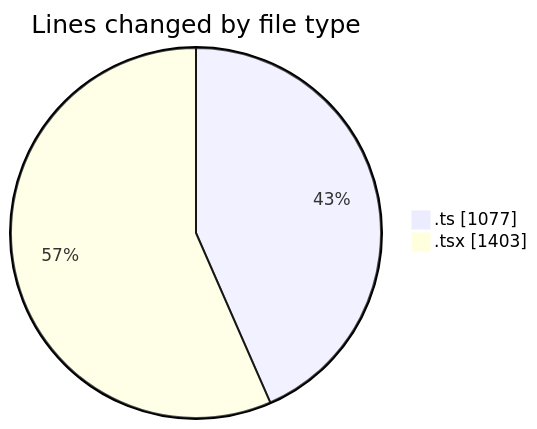
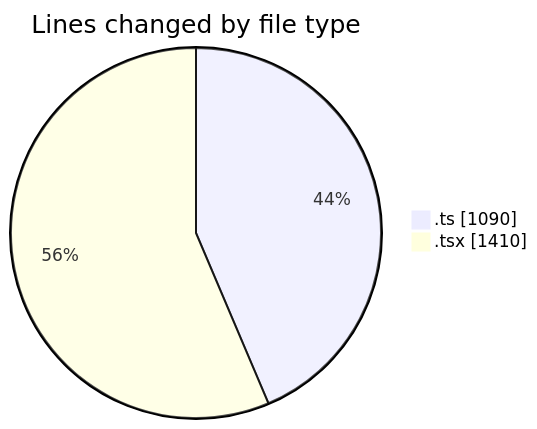
Before and after one commit to momahboobian/code-tracking: the first of 2 diagrams in 2025-09-02/cda/README.md, drawn with Mermaid. The commit also changed other lines of this file and 1 other file, not shown here.

````diff
--- a/2025-09-02/cda/README.md
+++ b/2025-09-02/cda/README.md
@@ -28,6 +28,6 @@
 ```mermaid
 pie showData
 title Lines changed by file type
-".ts" : 1077
-".tsx" : 1403
+".ts" : 1090
+".tsx" : 1410
 ```
````
